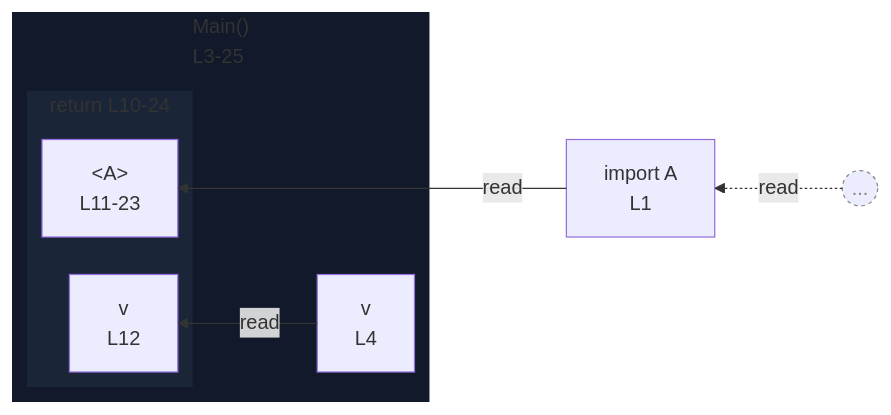
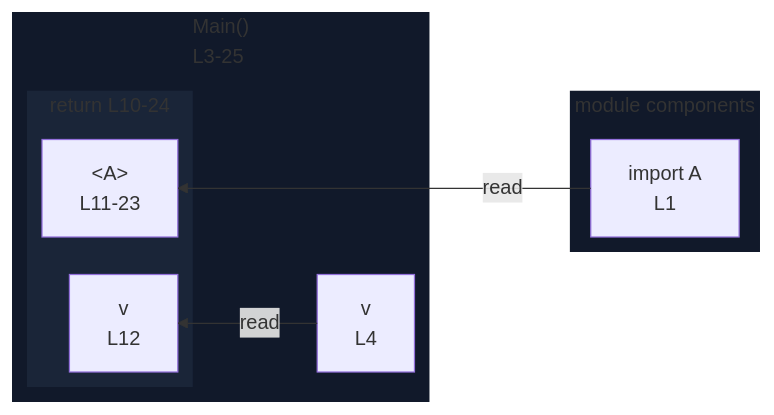
One commit to crescware/unsnarl changed the diagram in integration/fixtures/jsx/nested-five/pruned-r10-12-b1/preview.md. Above: the diagram before and after it, drawn with Mermaid. The commit also changed 153 other files, not shown here.

First line of the commit message:
Render import sources as module subgraphs instead of module nodes

````diff
--- a/integration/fixtures/jsx/nested-five/pruned-r10-12-b1/preview.md
+++ b/integration/fixtures/jsx/nested-five/pruned-r10-12-b1/preview.md
@@ -41,25 +41,25 @@
 ```mermaid
 %%{init: {"flowchart": {"defaultRenderer": "elk"}}}%%
 flowchart RL
   %% pruning roots 10-12=2 ancestors=1 descendants=0
-  n_scope_0_A_9["import A<br/>L1"]
   subgraph s_scope_1["Main()<br/>L3-25"]
     direction RL
     n_scope_1_v_71["v<br/>L4"]
     subgraph s_return_scope_0_Main_54_151_331["return L10-24"]
       direction RL
       ret_use_ref_5["&lt;A&gt;<br/>L11-23"]
       ret_use_ref_6["v<br/>L12"]
     end
   end
+  subgraph sg_components["module components"]
+    direction RL
+    n_scope_0_A_9["import A<br/>L1"]
+  end
   n_scope_0_A_9 -->|read| ret_use_ref_5
   n_scope_1_v_71 -->|read| ret_use_ref_6
-  boundary_stub_1((...))
-  boundary_stub_1 -.->|read| n_scope_0_A_9
-  classDef boundaryStub stroke:#888,stroke-dasharray:3 3,color:#888;
-  class boundary_stub_1 boundaryStub;
   classDef nestL1 fill:#11192a,stroke:transparent;
   class s_scope_1 nestL1;
+  class sg_components nestL1;
   classDef nestL2 fill:#1a2538,stroke:transparent;
   class s_return_scope_0_Main_54_151_331 nestL2;
 ```
````
